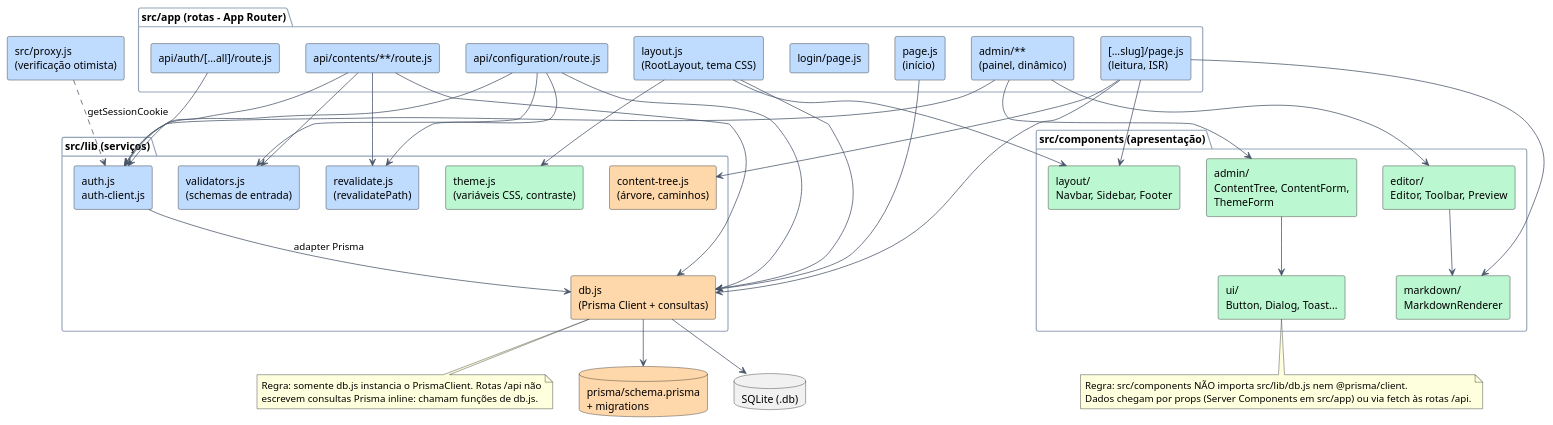
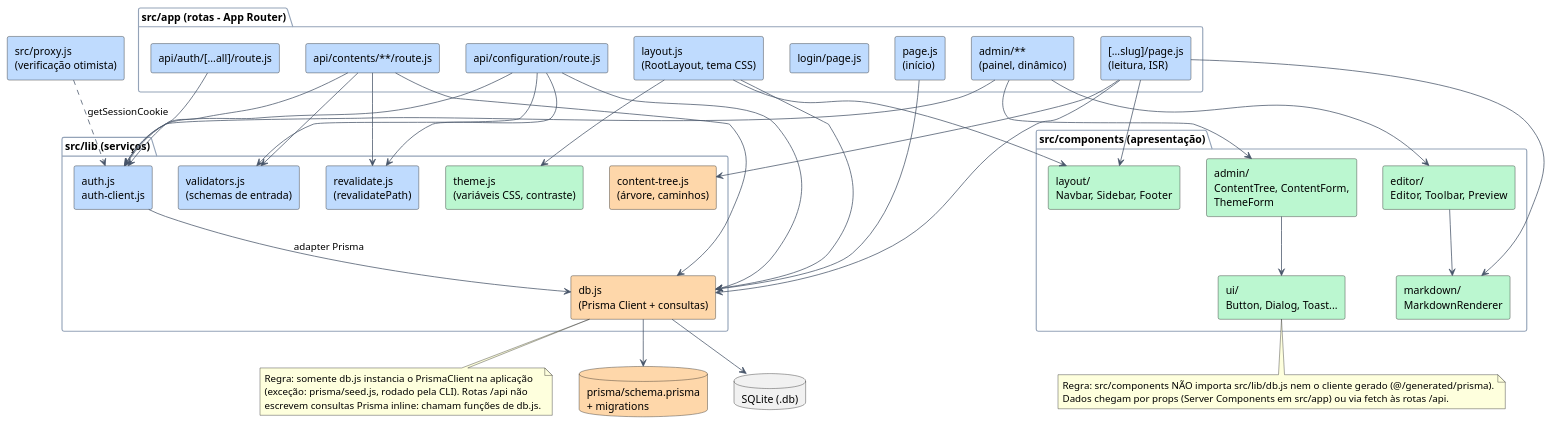
One commit to fromcaio/vitrine changed the diagram in doc/diagrams/src/arq-componentes.puml. Above: the diagram before and after it, drawn with PlantUML. The commit also changed 29 other files, not shown here.

```diff
--- a/doc/diagrams/src/arq-componentes.puml
+++ b/doc/diagrams/src/arq-componentes.puml
@@ -1,87 +1,88 @@
 @startuml arq-componentes
 ' ===========================================================================
 ' Vitrine - Arquitetura: componentes do monólito e regras de dependência
 ' Figura: fig:arq-componentes (doc/tex/capitulos/cap5_arquitetura.tex)
 ' Cores indicam o agente responsável: azul = Core, verde = UI, laranja = Dados.
 ' Estrutura-alvo de diretórios; o estado atual do código pode estar parcial.
 ' ===========================================================================
 skinparam shadowing false
 skinparam defaultFontName Arial
 skinparam ArrowColor #475569
 skinparam componentStyle rectangle
 skinparam package {
   BorderColor #94A3B8
 }
 
 package "src/app (rotas - App Router)" as App {
   component "layout.js\n(RootLayout, tema CSS)" as Layout #BFDBFE
   component "page.js\n(início)" as Home #BFDBFE
   component "[...slug]/page.js\n(leitura, ISR)" as Read #BFDBFE
   component "login/page.js" as Login #BFDBFE
   component "admin/**\n(painel, dinâmico)" as Admin #BFDBFE
   component "api/auth/[...all]/route.js" as ApiAuth #BFDBFE
   component "api/contents/**/route.js" as ApiContents #BFDBFE
   component "api/configuration/route.js" as ApiConfig #BFDBFE
 }
 
 component "src/proxy.js\n(verificação otimista)" as Proxy #BFDBFE
 
 package "src/components (apresentação)" as Comp {
   component "layout/\nNavbar, Sidebar, Footer" as CLayout #BBF7D0
   component "markdown/\nMarkdownRenderer" as CMd #BBF7D0
   component "editor/\nEditor, Toolbar, Preview" as CEditor #BBF7D0
   component "admin/\nContentTree, ContentForm,\nThemeForm" as CAdmin #BBF7D0
   component "ui/\nButton, Dialog, Toast..." as CUi #BBF7D0
 }
 
 package "src/lib (serviços)" as Lib {
   component "auth.js\nauth-client.js" as LAuth #BFDBFE
   component "validators.js\n(schemas de entrada)" as LVal #BFDBFE
   component "revalidate.js\n(revalidatePath)" as LRev #BFDBFE
   component "theme.js\n(variáveis CSS, contraste)" as LTheme #BBF7D0
   component "content-tree.js\n(árvore, caminhos)" as LTree #FED7AA
   component "db.js\n(Prisma Client + consultas)" as LDb #FED7AA
 }
 
 database "prisma/schema.prisma\n+ migrations" as Schema #FED7AA
 database "SQLite (.db)" as Sqlite
 
 Read --> CLayout
 Read --> CMd
 Layout --> CLayout
 Layout --> LTheme
 Admin --> CAdmin
 Admin --> CEditor
 CAdmin --> CUi
 CEditor --> CMd
 
 Home --> LDb
 Read --> LDb
 Layout --> LDb
 Read --> LTree
 Admin --> LAuth
 
 ApiContents --> LAuth
 ApiContents --> LVal
 ApiContents --> LDb
 ApiContents --> LRev
 ApiConfig --> LAuth
 ApiConfig --> LVal
 ApiConfig --> LDb
 ApiConfig --> LRev
 ApiAuth --> LAuth
 Proxy ..> LAuth : getSessionCookie
 
 LAuth --> LDb : adapter Prisma
 LDb --> Schema
 LDb --> Sqlite
 
 note bottom of CUi
-  Regra: src/components NÃO importa src/lib/db.js nem @prisma/client.
+  Regra: src/components NÃO importa src/lib/db.js nem o cliente gerado (@/generated/prisma).
   Dados chegam por props (Server Components em src/app) ou via fetch às rotas /api.
 end note
 note bottom of LDb
-  Regra: somente db.js instancia o PrismaClient. Rotas /api não
+  Regra: somente db.js instancia o PrismaClient na aplicação
+  (exceção: prisma/seed.js, rodado pela CLI). Rotas /api não
   escrevem consultas Prisma inline: chamam funções de db.js.
 end note
 @enduml
```
